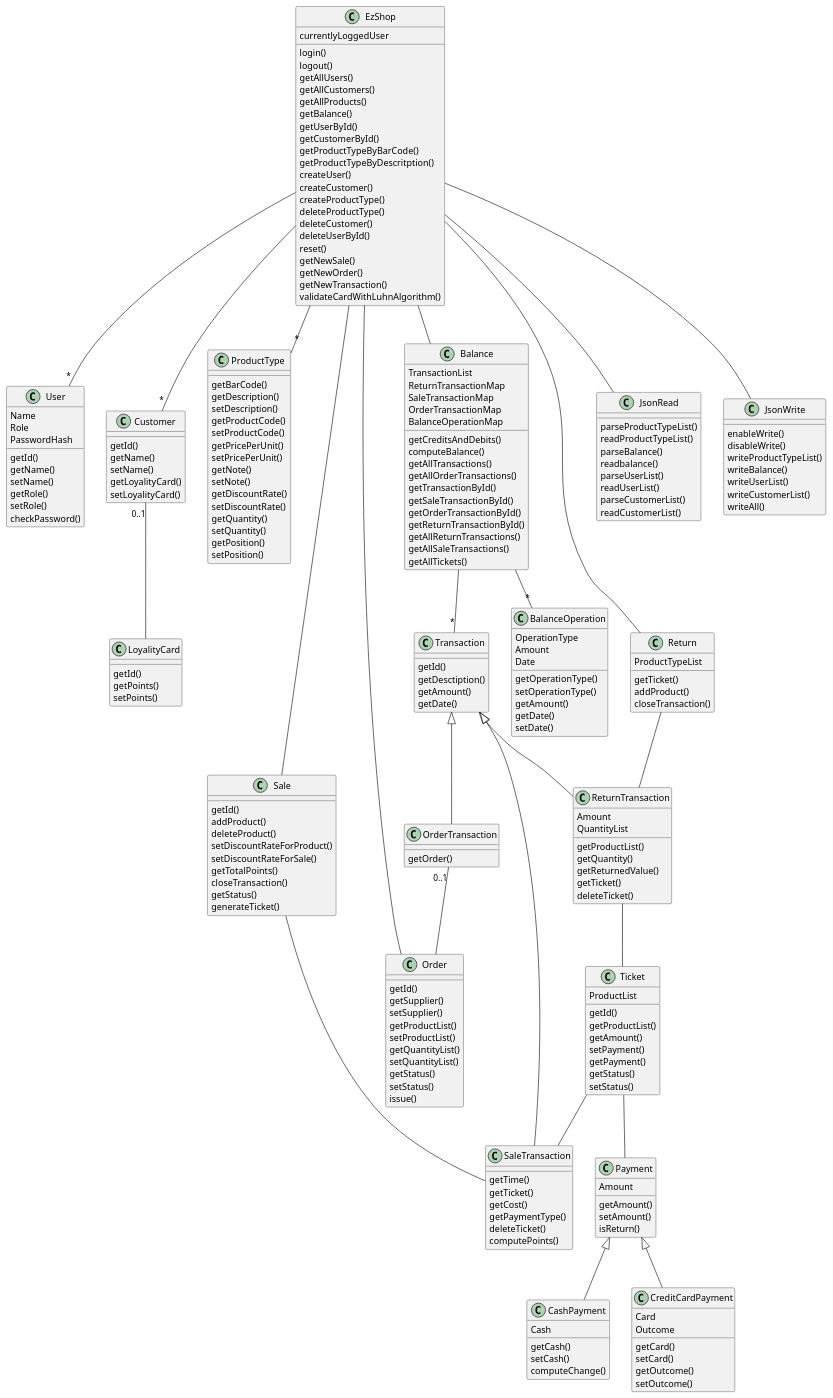
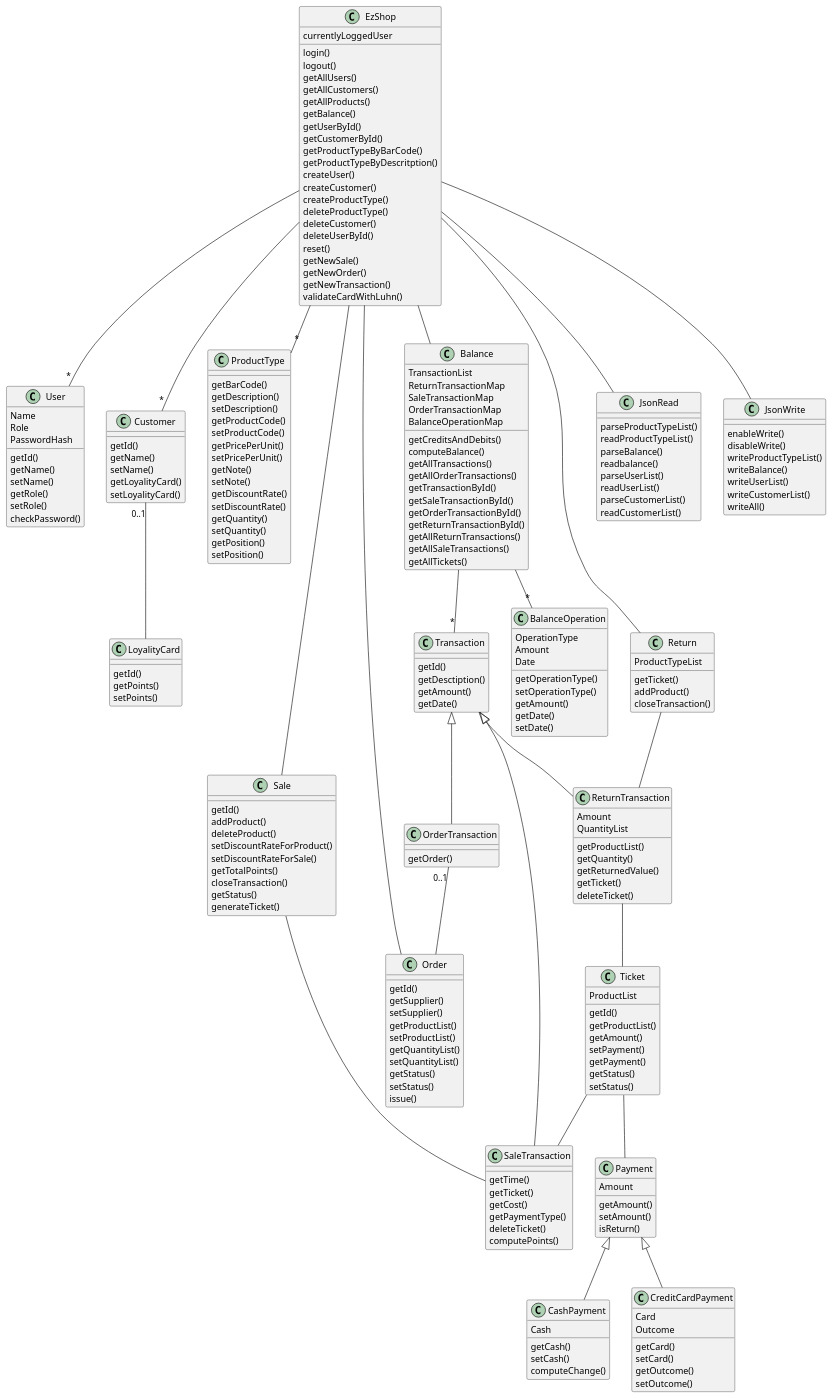
One commit to paolotron/EzshoProject31 changed the second of 3 diagrams in Deliverables/DesignDocument.md. Above: the diagram before and after it, drawn with PlantUML.

```diff
--- a/Deliverables/DesignDocument.md
+++ b/Deliverables/DesignDocument.md
@@ -78,7 +78,7 @@
     getNewSale()
     getNewOrder()
     getNewTransaction()
-    validateCardWithLuhnAlgorithm()
+    validateCardWithLuhn()
     currentlyLoggedUser
 }
 class User{
```
